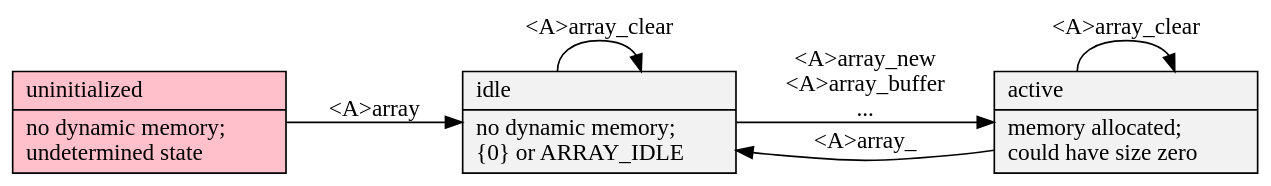
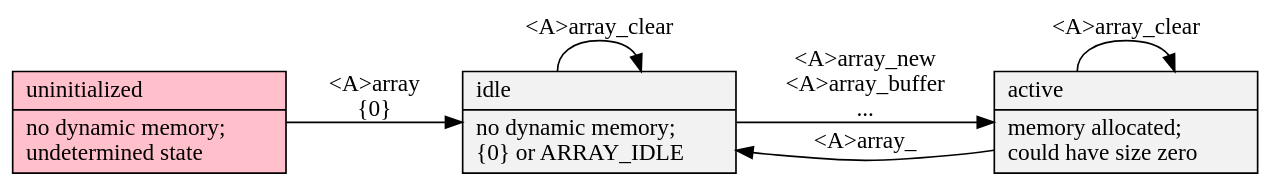
The diagram in doc/array/states.gv (neil-edelman/boxes), drawn with Graphviz before and after one commit. The commit also changed 15 other files, not shown here.

```diff
--- a/doc/array/states.gv
+++ b/doc/array/states.gv
@@ -1,13 +1,13 @@
 digraph {
 	graph [rankdir=LR, truecolor=true, bgcolor=transparent, fontname="Bitstream Vera Sans"];
 	node [shape=record, style=filled, fillcolor="Grey95", fontname="Bitstream Vera Sans"];
 	edge [fontname="Bitstream Vera Sans"];
 	null [label = "uninitialized\l|no dynamic memory;\lundetermined state\l", fillcolor = pink];
 	static [label = "idle\l|no dynamic memory;\l\{0\} or ARRAY_IDLE\l"];
 	dynamic [label = "active\l|memory allocated;\lcould have size zero\l"];
-	null -> static [label = "<A>array"];
+	null -> static [label = "<A>array\n{0}"];
 	static -> dynamic [label = "<A>array_new\n<A>array_buffer\n..."];
 	dynamic -> static [label = "<A>array_"];
 	static -> static [label = "<A>array_clear"]
 	dynamic -> dynamic [label = "<A>array_clear"]
 }
```
